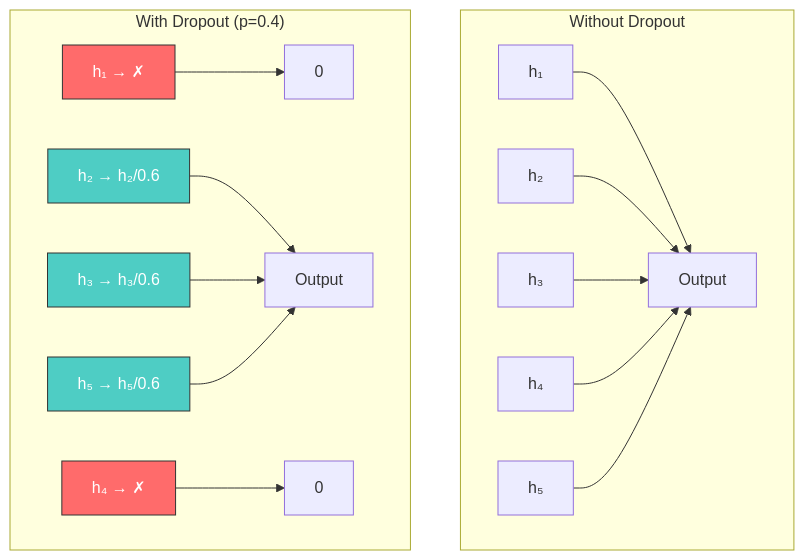
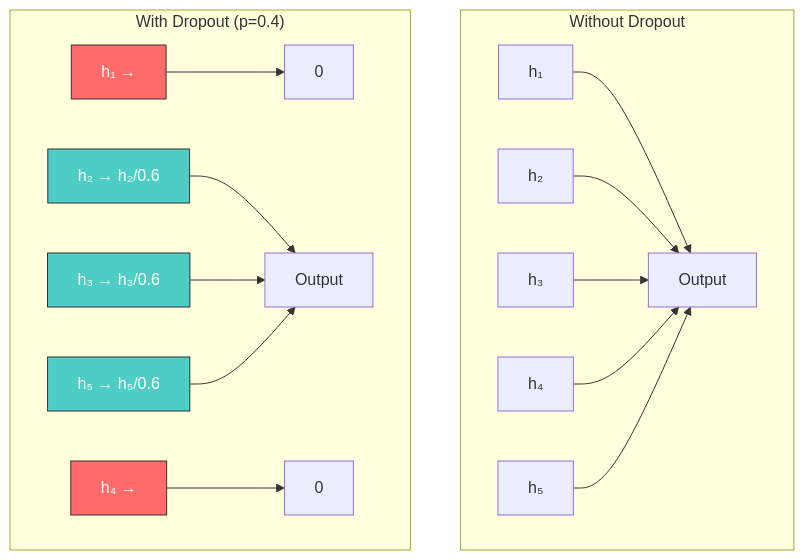
One commit to Vtheonly/Obsidian_Notes changed the second of 3 diagrams in AI/Academic/Deep Learning/Cours/Chapter 2 - CNN/17. Dropout and Regularization.md. Above: the diagram before and after it, drawn with Mermaid. The commit also changed 148 other files, not shown here.

````diff
--- a/AI/Academic/Deep Learning/Cours/Chapter 2 - CNN/17. Dropout and Regularization.md
+++ b/AI/Academic/Deep Learning/Cours/Chapter 2 - CNN/17. Dropout and Regularization.md
@@ -76,24 +76,24 @@
 ```mermaid
 graph TD
     subgraph "Without Dropout"
         A1[h₁] --> C1[Output]
         A2[h₂] --> C1
         A3[h₃] --> C1
         A4[h₄] --> C1
         A5[h₅] --> C1
     end
     
     subgraph "With Dropout (p=0.4)"
-        B1[h₁ → ✗] --> D1[0]
+        B1[h₁ → ] --> D1[0]
         B2[h₂ → h₂/0.6] --> D2[Output]
         B3[h₃ → h₃/0.6] --> D2
-        B4[h₄ → ✗] --> D4[0]
+        B4[h₄ → ] --> D4[0]
         B5[h₅ → h₅/0.6] --> D2
     end
     
     style B1 fill:#ff6b6b,stroke:#333,color:#fff
     style B4 fill:#ff6b6b,stroke:#333,color:#fff
     style B2 fill:#4ecdc4,stroke:#333,color:#fff
     style B3 fill:#4ecdc4,stroke:#333,color:#fff
     style B5 fill:#4ecdc4,stroke:#333,color:#fff
 ```
````
